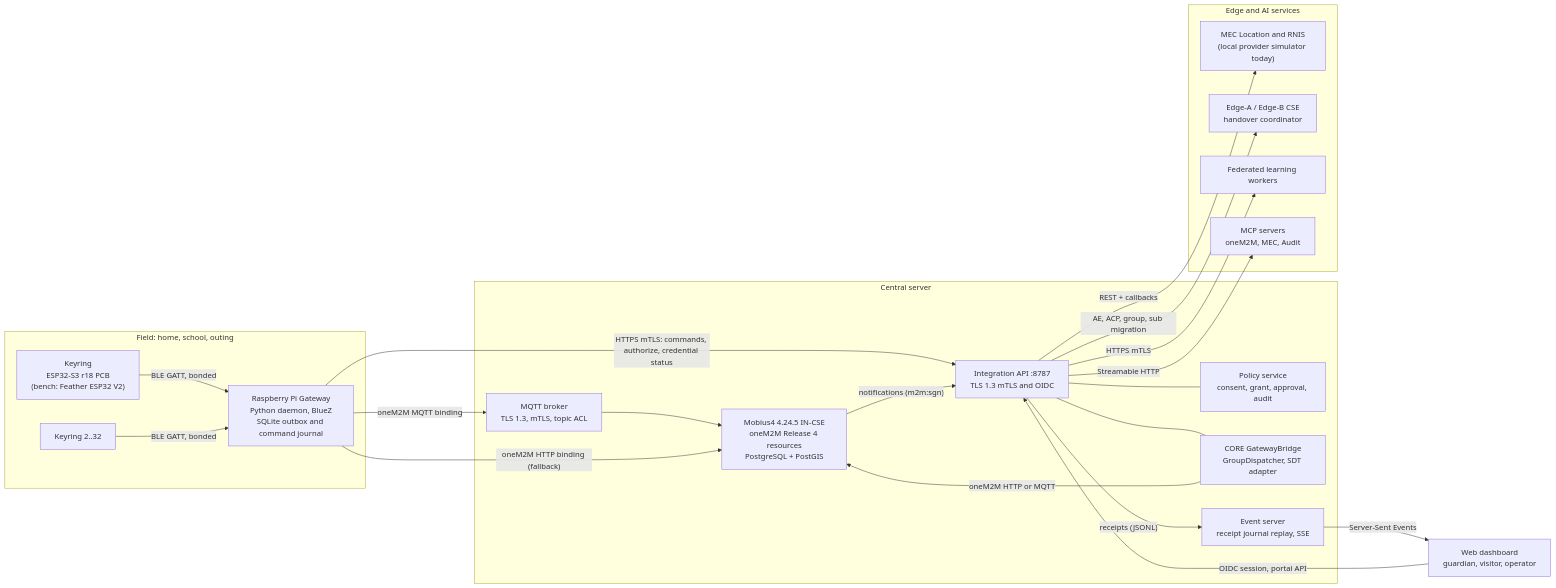
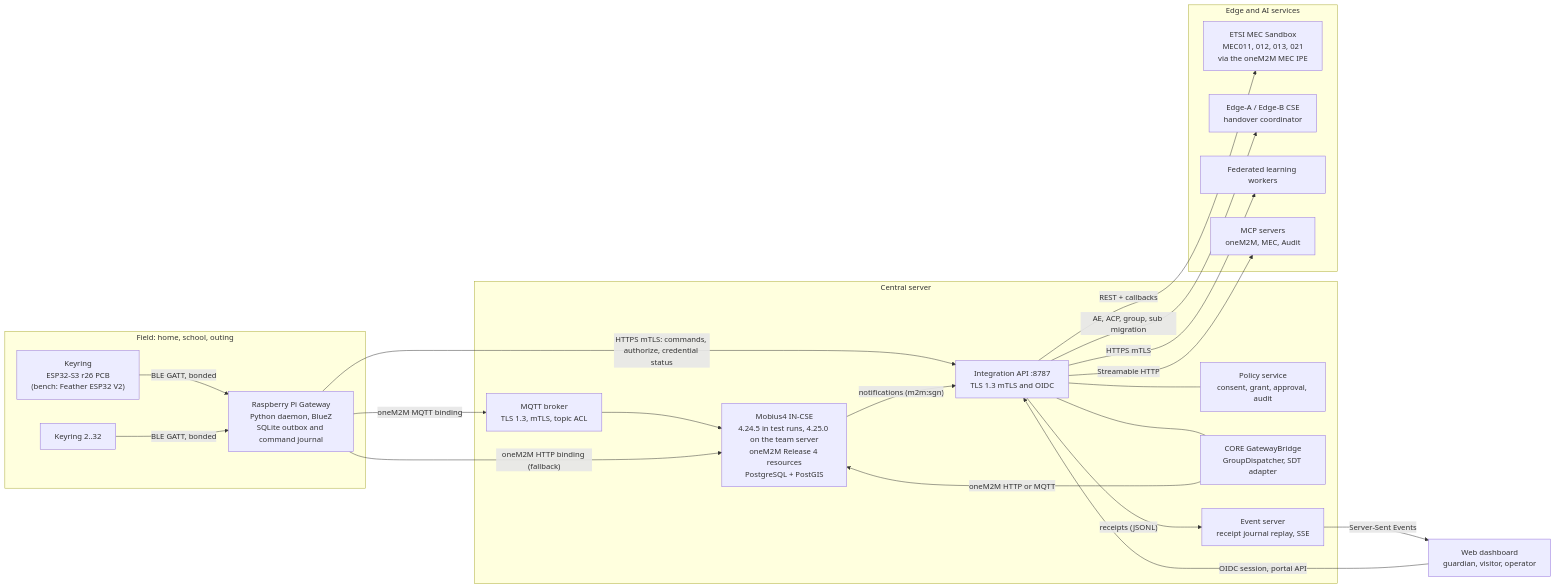
One commit to tirofina/bubble_lock changed the first of 4 diagrams in docs/architecture.md. Above: the diagram before and after it, drawn with Mermaid. The commit also changed other lines of this file and 6 other files, not shown here.

````diff
--- a/docs/architecture.md
+++ b/docs/architecture.md
@@ -21,44 +21,44 @@
 ```mermaid
 flowchart LR
   subgraph Field["Field: home, school, outing"]
-    K1["Keyring<br/>ESP32-S3 r18 PCB<br/>(bench: Feather ESP32 V2)"]
+    K1["Keyring<br/>ESP32-S3 r26 PCB<br/>(bench: Feather ESP32 V2)"]
     K2["Keyring 2..32"]
     GW["Raspberry Pi Gateway<br/>Python daemon, BlueZ<br/>SQLite outbox and command journal"]
   end
 
   subgraph Central["Central server"]
     BRK["MQTT broker<br/>TLS 1.3, mTLS, topic ACL"]
-    CSE["Mobius4 4.24.5 IN-CSE<br/>oneM2M Release 4 resources<br/>PostgreSQL + PostGIS"]
+    CSE["Mobius4 IN-CSE<br/>4.24.5 in test runs, 4.25.0 on the team server<br/>oneM2M Release 4 resources<br/>PostgreSQL + PostGIS"]
     API["Integration API :8787<br/>TLS 1.3 mTLS and OIDC"]
     POL["Policy service<br/>consent, grant, approval, audit"]
     CORE["CORE GatewayBridge<br/>GroupDispatcher, SDT adapter"]
     SSE["Event server<br/>receipt journal replay, SSE"]
   end
 
   subgraph Svc["Edge and AI services"]
-    MEC["MEC Location and RNIS<br/>(local provider simulator today)"]
+    MEC["ETSI MEC Sandbox<br/>MEC011, 012, 013, 021<br/>via the oneM2M MEC IPE"]
     EDGE["Edge-A / Edge-B CSE<br/>handover coordinator"]
     FL["Federated learning workers"]
     MCP["MCP servers<br/>oneM2M, MEC, Audit"]
   end
 
   WEB["Web dashboard<br/>guardian, visitor, operator"]
 
   K1 -- "BLE GATT, bonded" --> GW
   K2 -- "BLE GATT, bonded" --> GW
   GW -- "oneM2M MQTT binding" --> BRK
   BRK --> CSE
   GW -- "oneM2M HTTP binding (fallback)" --> CSE
   GW -- "HTTPS mTLS: commands, authorize, credential status" --> API
   CORE -- "oneM2M HTTP or MQTT" --> CSE
   API --- POL
   API --- CORE
   CSE -- "notifications (m2m:sgn)" --> API
   API -- "receipts (JSONL)" --> SSE
   SSE -- "Server-Sent Events" --> WEB
   WEB -- "OIDC session, portal API" --> API
   API -- "REST + callbacks" --> MEC
   API -- "AE, ACP, group, sub migration" --> EDGE
   API -- "HTTPS mTLS" --> FL
   API -- "Streamable HTTP" --> MCP
 ```
````
